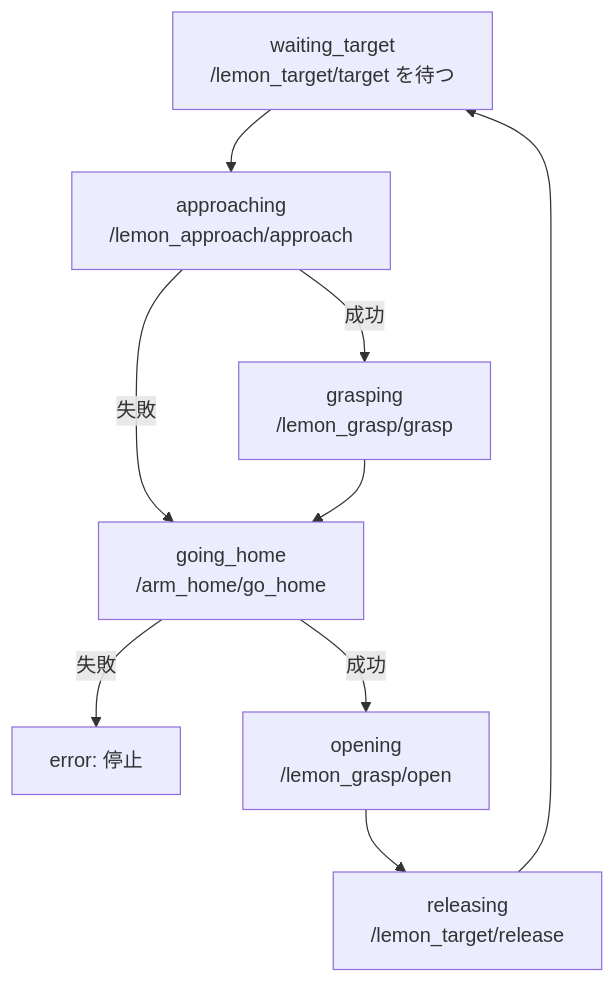
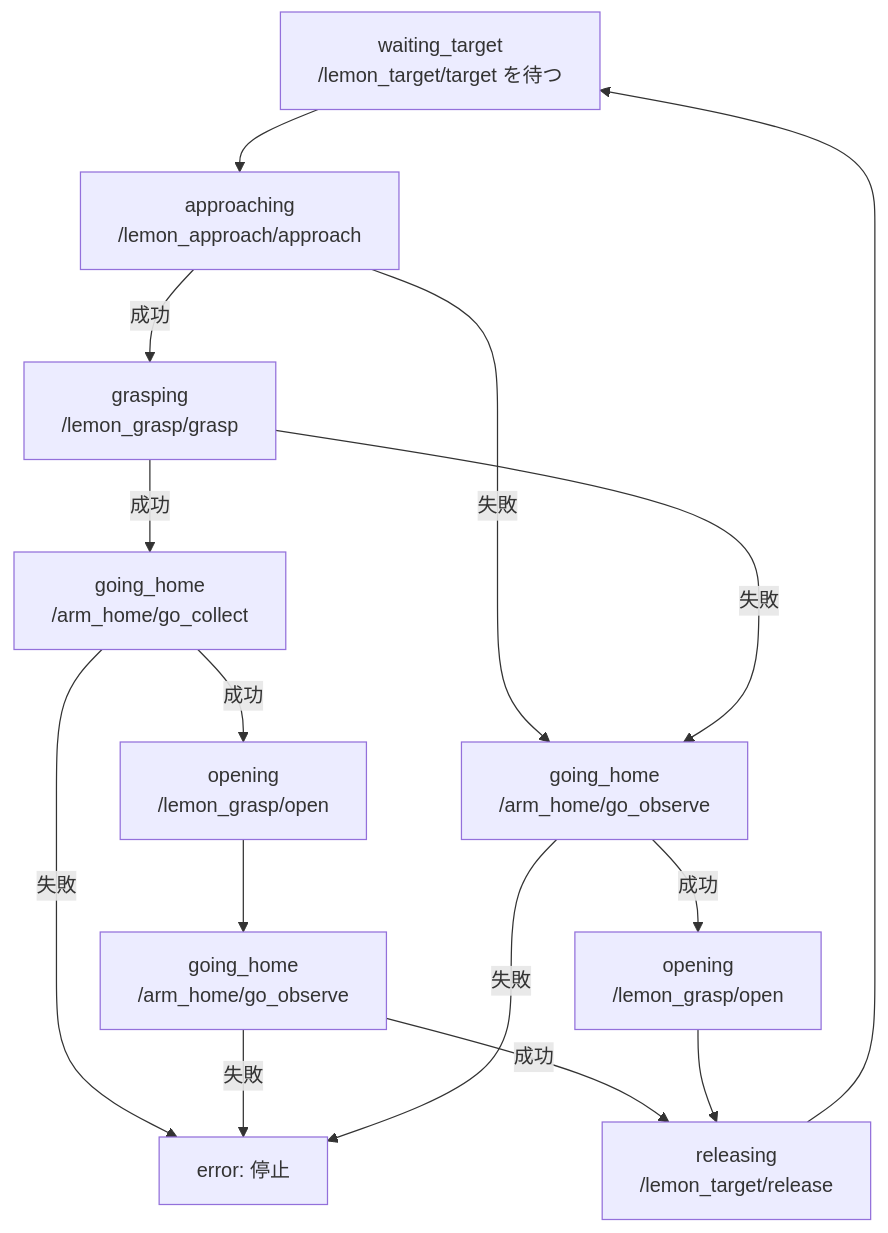
One commit to Keita2370/lemon_ws changed the second of 2 diagrams in src/lemon_reach/docs/lemon_harvest_system.md. Above: the diagram before and after it, drawn with Mermaid. The commit also changed other lines of this file and 11 other files, not shown here.

````diff
--- a/src/lemon_reach/docs/lemon_harvest_system.md
+++ b/src/lemon_reach/docs/lemon_harvest_system.md
@@ -103,11 +117,17 @@
 ```mermaid
 flowchart TD
     W[waiting_target<br/>/lemon_target/target を待つ] --> A[approaching<br/>/lemon_approach/approach]
     A -- 成功 --> G[grasping<br/>/lemon_grasp/grasp]
     A -- 失敗 --> H
-    G --> H[going_home<br/>/arm_home/go_home]
+    G -- 失敗 --> H[going_home<br/>/arm_home/go_observe]
+    G -- 成功 --> C[going_home<br/>/arm_home/go_collect]
+    C -- 失敗 --> E
+    C -- 成功 --> CO[opening<br/>/lemon_grasp/open]
+    CO --> H2[going_home<br/>/arm_home/go_observe]
+    H2 -- 失敗 --> E
+    H2 -- 成功 --> R
     H -- 失敗 --> E[error: 停止]
     H -- 成功 --> O[opening<br/>/lemon_grasp/open]
     O --> R[releasing<br/>/lemon_target/release]
     R --> W
 ```
````
